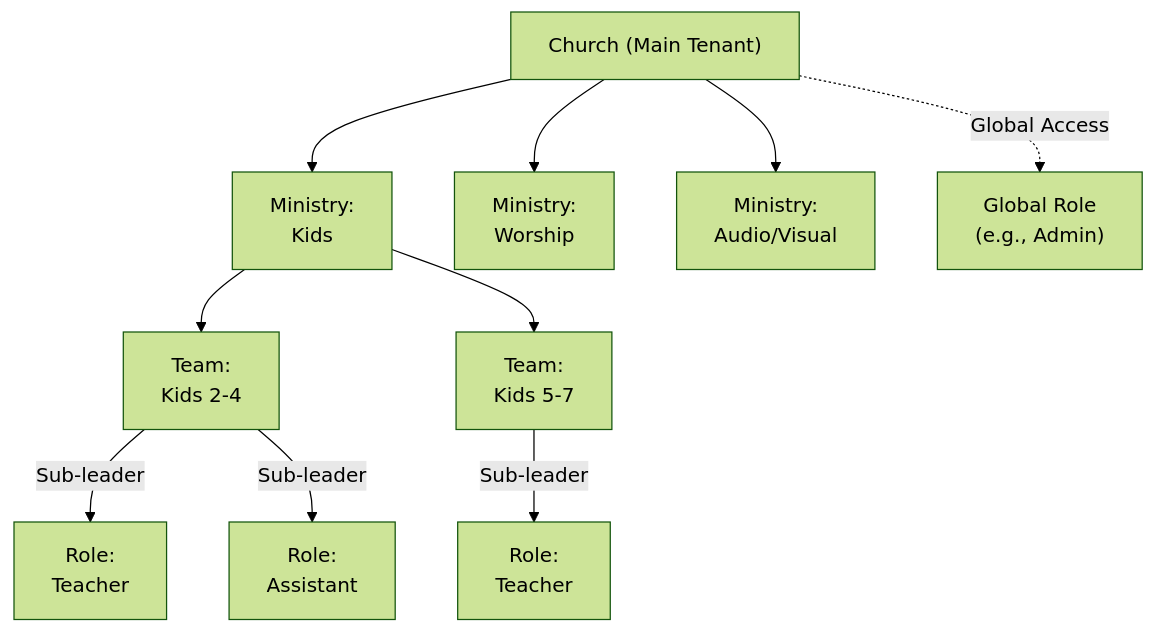
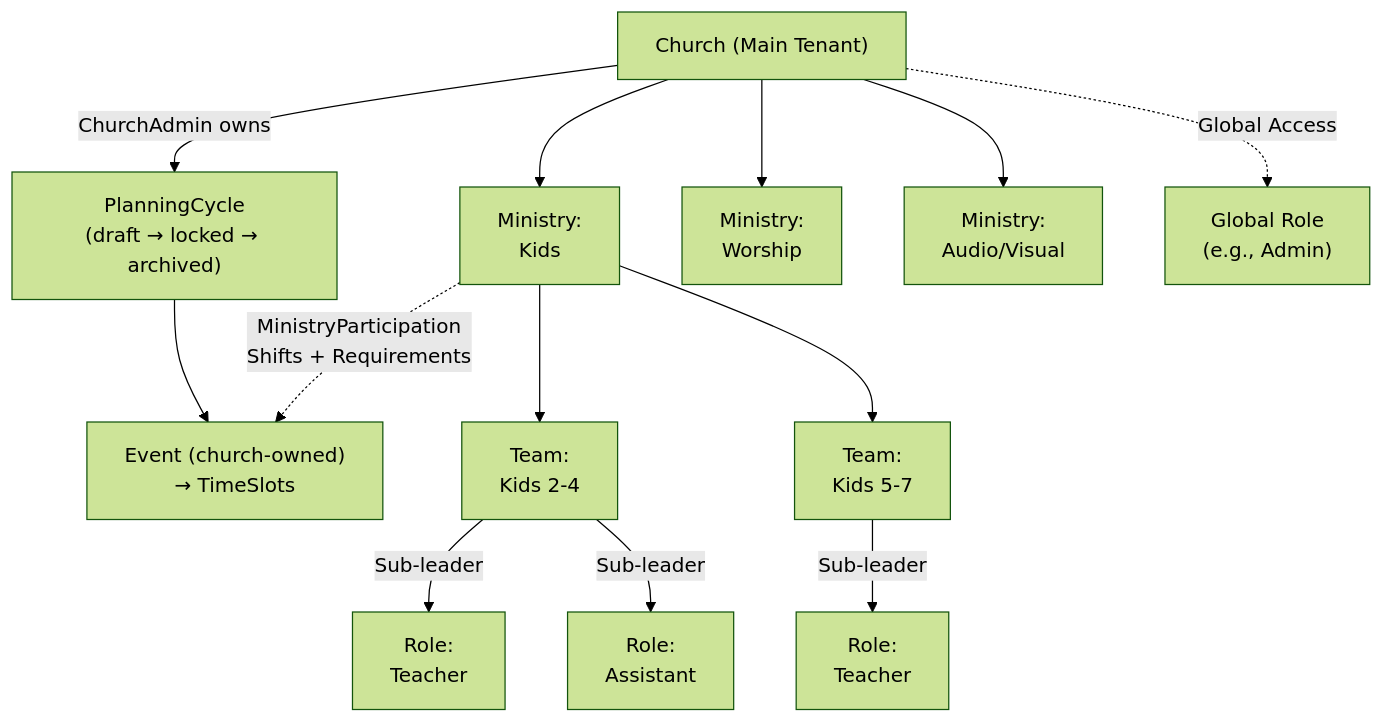
Before and after one commit to tiagoluizpoli/church: the diagram in manual-planning/0001-volunteer-scheduling/flowcharts/church-structure.md, drawn with Mermaid (forest theme). The commit also changed other lines of this file and 33 other files, not shown here.

````diff
--- a/manual-planning/0001-volunteer-scheduling/flowcharts/church-structure.md
+++ b/manual-planning/0001-volunteer-scheduling/flowcharts/church-structure.md
@@ -3,17 +5,23 @@
 ```mermaid
 graph TD
-    CH["Church (Main Tenant)"] --> M1["Ministry:<br>Kids"]
+    CH["Church (Main Tenant)"] -->|ChurchAdmin owns| PC["PlanningCycle<br>(draft → locked → archived)"]
+    PC --> EV["Event (church-owned)<br>→ TimeSlots"]
+
+    CH --> M1["Ministry:<br>Kids"]
     CH --> M2["Ministry:<br>Worship"]
     CH --> M3["Ministry:<br>Audio/Visual"]
-    
+
     M1 --> T1["Team:<br>Kids 2-4"]
     M1 --> T2["Team:<br>Kids 5-7"]
-    
+
     T1 -->|Sub-leader| R2["Role:<br>Teacher"]
     T1 -->|Sub-leader| R3["Role:<br>Assistant"]
-    
+
     T2 -->|Sub-leader| R4["Role:<br>Teacher"]
-    
+
+    %% Ministry participates in church Events
+    M1 -.->|MinistryParticipation<br>Shifts + Requirements| EV
+
     %% Global Roles
     CH -.->|Global Access| GR1["Global Role<br>(e.g., Admin)"]
 ```
````
